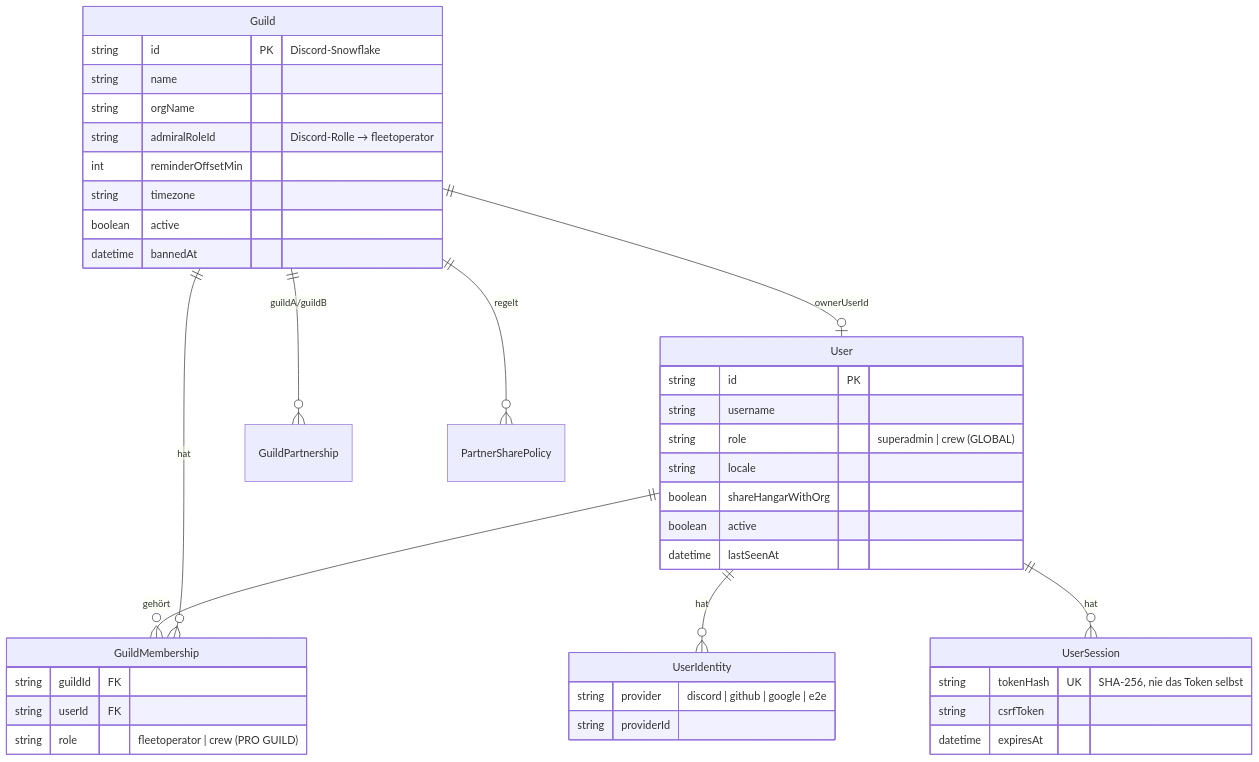
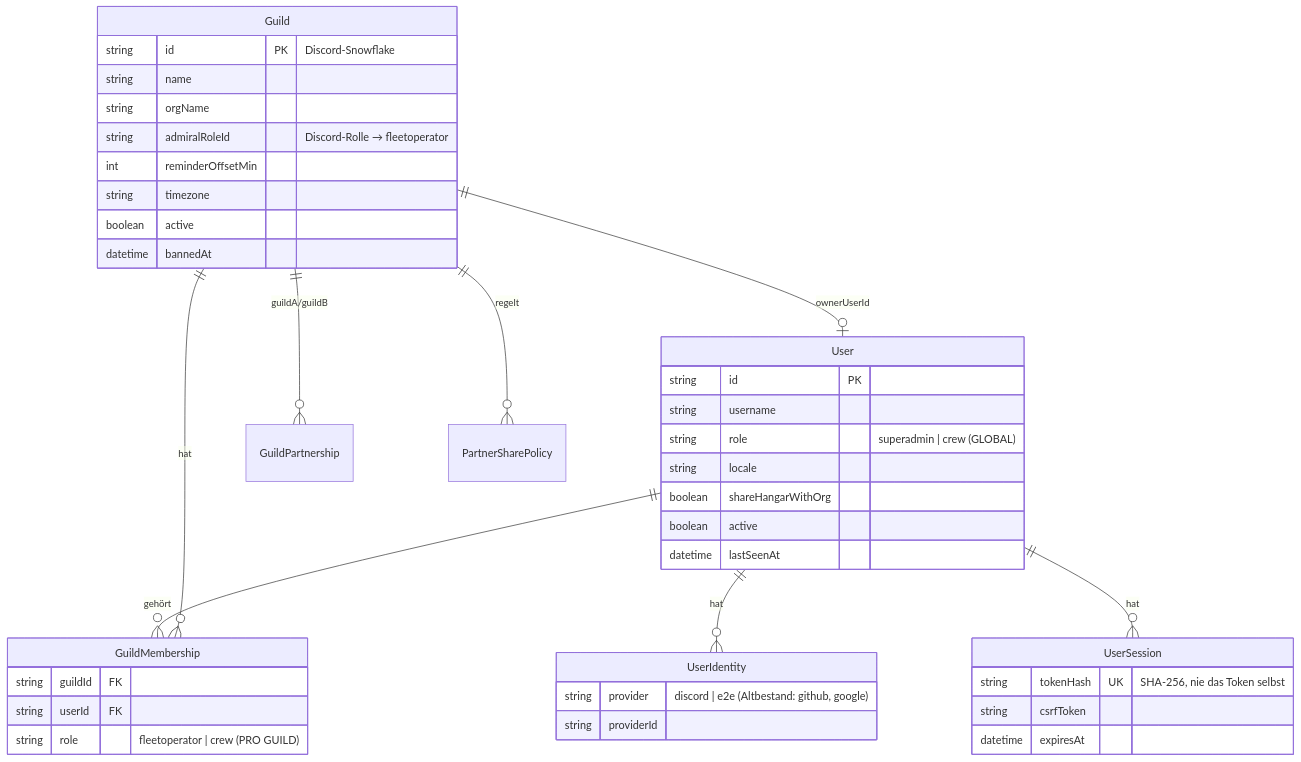
The sixth of 16 diagrams in docs/ARCHITEKTUR.md (cccdemon/RDOC-Suite), drawn with Mermaid before and after one commit. The commit also changed other lines of this file and 23 other files, not shown here.

````diff
--- a/docs/ARCHITEKTUR.md
+++ b/docs/ARCHITEKTUR.md
@@ -250,44 +250,44 @@
 ```mermaid
 erDiagram
     User ||--o{ UserIdentity : "hat"
     User ||--o{ UserSession : "hat"
     User ||--o{ GuildMembership : "gehört"
     Guild ||--o{ GuildMembership : "hat"
     Guild ||--o| User : "ownerUserId"
     Guild ||--o{ GuildPartnership : "guildA/guildB"
     Guild ||--o{ PartnerSharePolicy : "regelt"
 
     User {
         string id PK
         string username
         string role "superadmin | crew (GLOBAL)"
         string locale
         boolean shareHangarWithOrg
         boolean active
         datetime lastSeenAt
     }
     Guild {
         string id PK "Discord-Snowflake"
         string name
         string orgName
         string admiralRoleId "Discord-Rolle → fleetoperator"
         int reminderOffsetMin
         string timezone
         boolean active
         datetime bannedAt
     }
     GuildMembership {
         string guildId FK
         string userId FK
         string role "fleetoperator | crew (PRO GUILD)"
     }
     UserIdentity {
-        string provider "discord | github | google | e2e"
+        string provider "discord | e2e (Altbestand: github, google)"
         string providerId
     }
     UserSession {
         string tokenHash UK "SHA-256, nie das Token selbst"
         string csrfToken
         datetime expiresAt
     }
 ```
````
